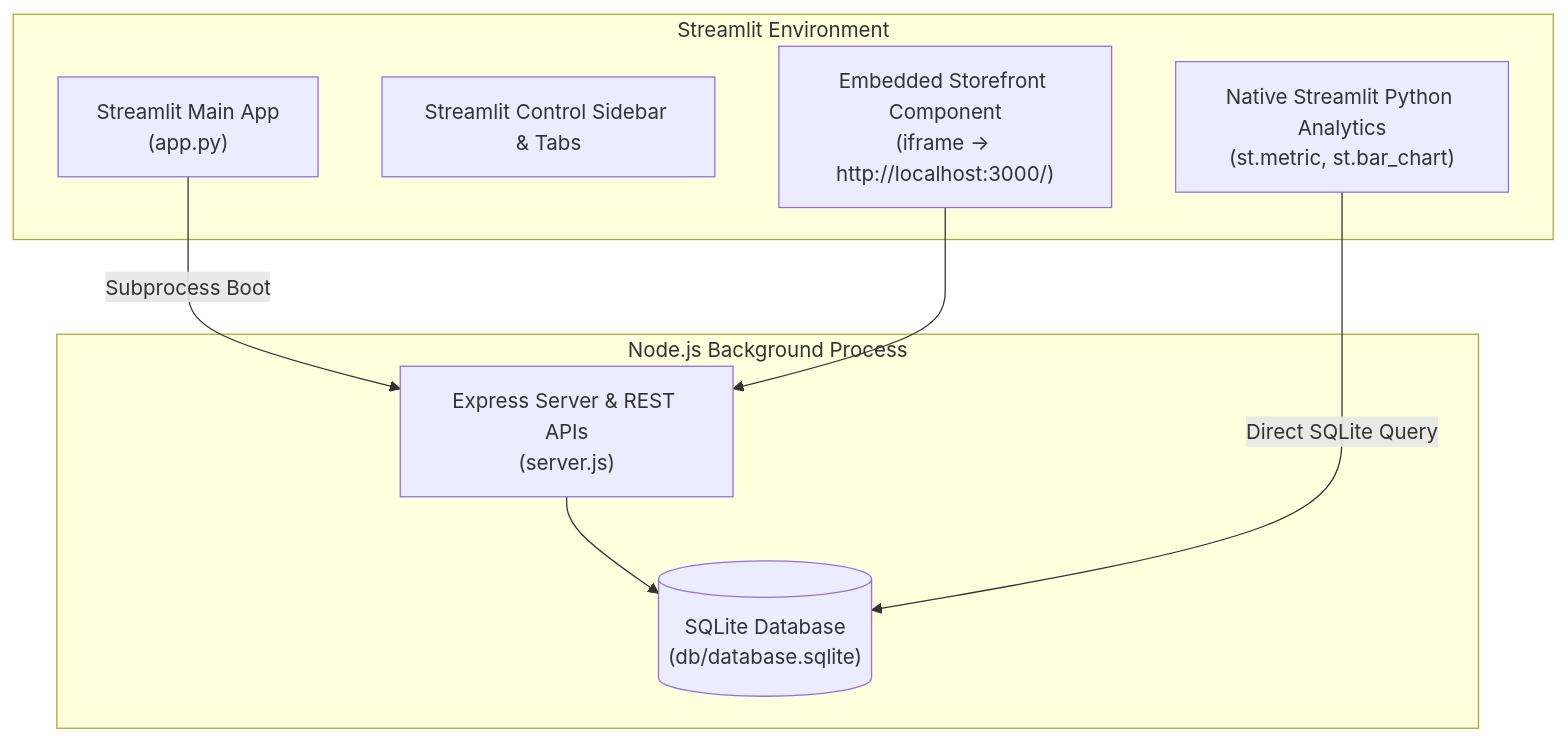
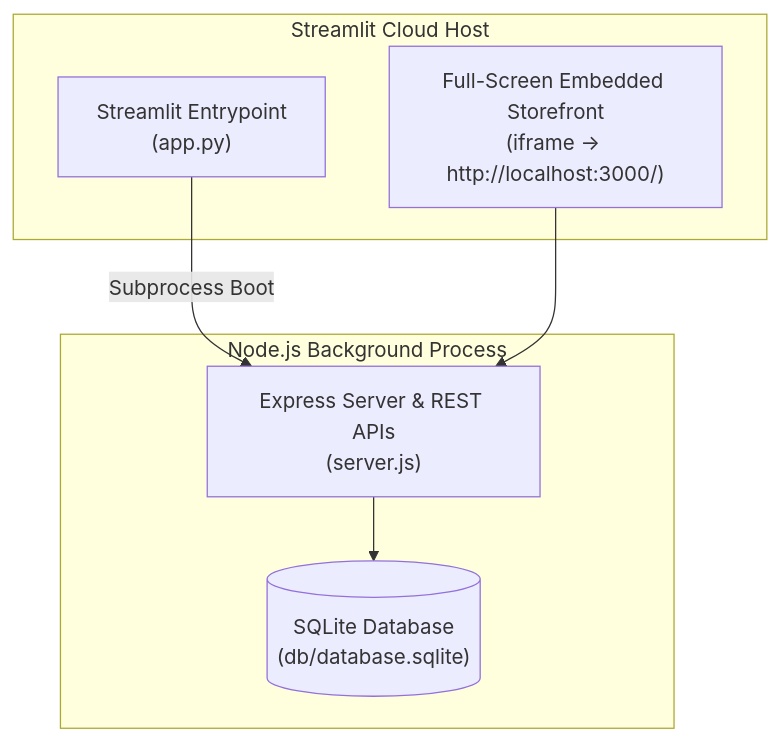
One commit to snehichanchal/Nykaa-fashion- changed the diagram in docs/deployment.md. Above: the diagram before and after it, drawn with Mermaid. The commit also changed other lines of this file, not shown here.

Commit message:
Update deployment.md spec for storefront-only app

````diff
--- a/docs/deployment.md
+++ b/docs/deployment.md
@@ -16,19 +16,16 @@
 ```mermaid
 graph TD
-    subgraph Streamlit_Host ["Streamlit Environment"]
-        APP["Streamlit Main App\n(app.py)"]
-        SIDEBAR["Streamlit Control Sidebar & Tabs"]
-        EMBED_SF["Embedded Storefront Component\n(iframe -> http://localhost:3000/)"]
-        PY_ANALYTICS["Native Streamlit Python Analytics\n(st.metric, st.bar_chart)"]
+    subgraph Streamlit_Host ["Streamlit Cloud Host"]
+        APP["Streamlit Entrypoint\n(app.py)"]
+        EMBED_SF["Full-Screen Embedded Storefront\n(iframe -> http://localhost:3000/)"]
     end
 
     subgraph Node_Subprocess ["Node.js Background Process"]
         EXPRESS["Express Server & REST APIs\n(server.js)"]
         SQLITE[("SQLite Database\n(db/database.sqlite)")]
     end
 
     APP -->|Subprocess Boot| EXPRESS
     EXPRESS --> SQLITE
     EMBED_SF --> EXPRESS
-    PY_ANALYTICS -->|Direct SQLite Query| SQLITE
 ```
````
